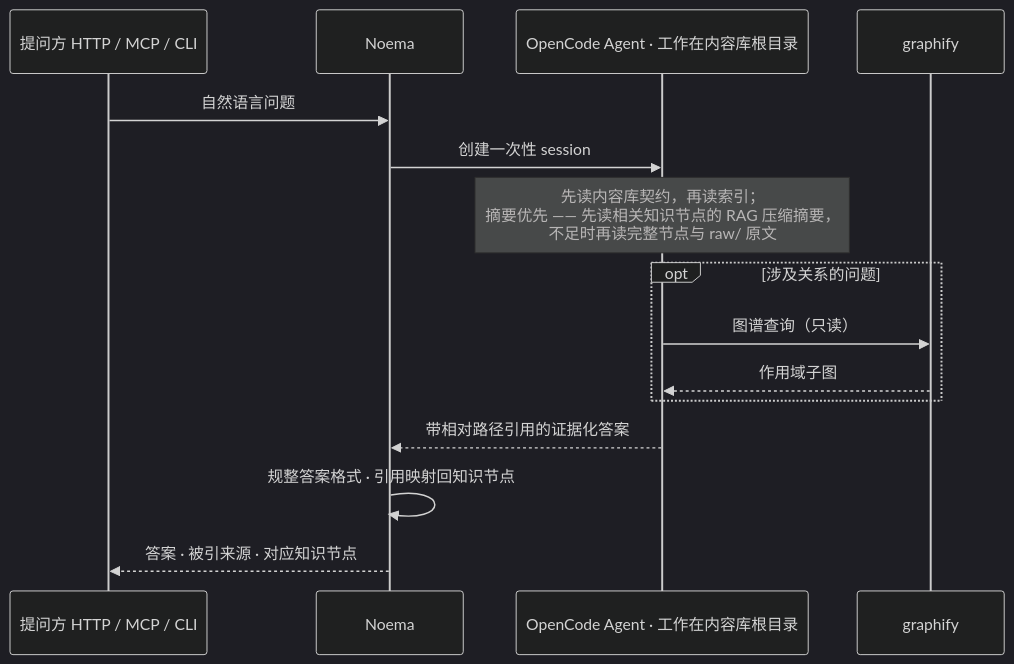
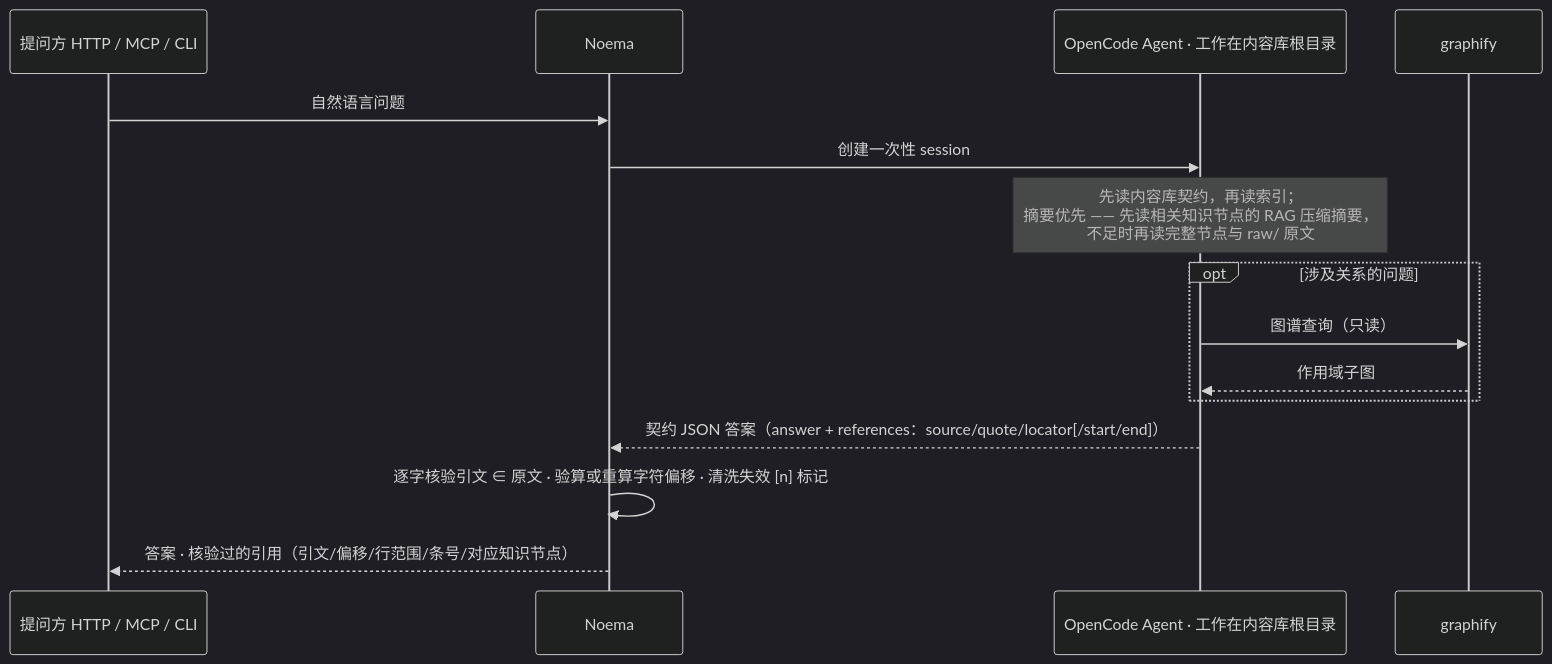
One commit to xutianyi1999/noema changed the third of 5 diagrams in README.md. Above: the diagram before and after it, drawn with Mermaid (dark theme). The commit also changed other lines of this file and 19 other files, not shown here.

````diff
--- a/README.md
+++ b/README.md
@@ -238,18 +238,18 @@
 ```mermaid
 sequenceDiagram
     participant U as 提问方 HTTP / MCP / CLI
     participant N as Noema
     participant A as OpenCode Agent · 工作在内容库根目录
     participant G as graphify
 
     U->>N: 自然语言问题
     N->>A: 创建一次性 session
     Note over A: 先读内容库契约，再读索引；<br/>摘要优先 —— 先读相关知识节点的 RAG 压缩摘要，<br/>不足时再读完整节点与 raw/ 原文
     opt 涉及关系的问题
         A->>G: 图谱查询（只读）
         G-->>A: 作用域子图
     end
-    A-->>N: 带相对路径引用的证据化答案
-    N->>N: 规整答案格式 · 引用映射回知识节点
-    N-->>U: 答案 · 被引来源 · 对应知识节点
+    A-->>N: 契约 JSON 答案（answer + references：source/quote/locator[/start/end]）
+    N->>N: 逐字核验引文 ∈ 原文 · 验算或重算字符偏移 · 清洗失效 [n] 标记
+    N-->>U: 答案 · 核验过的引用（引文/偏移/行范围/条号/对应知识节点）
 ```
````
